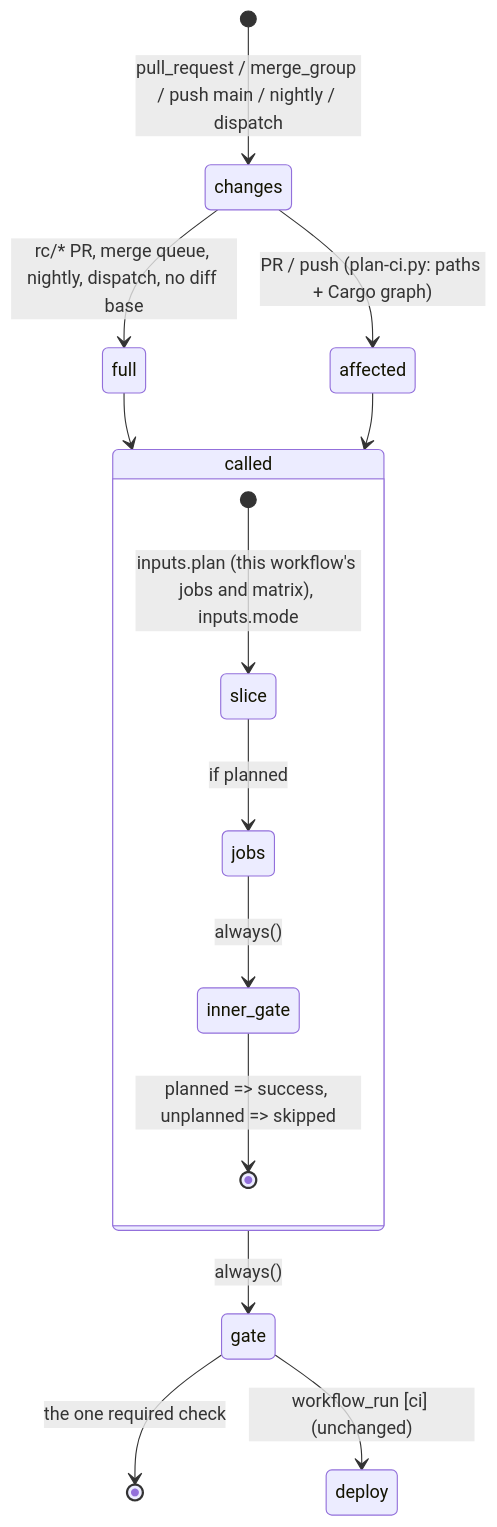
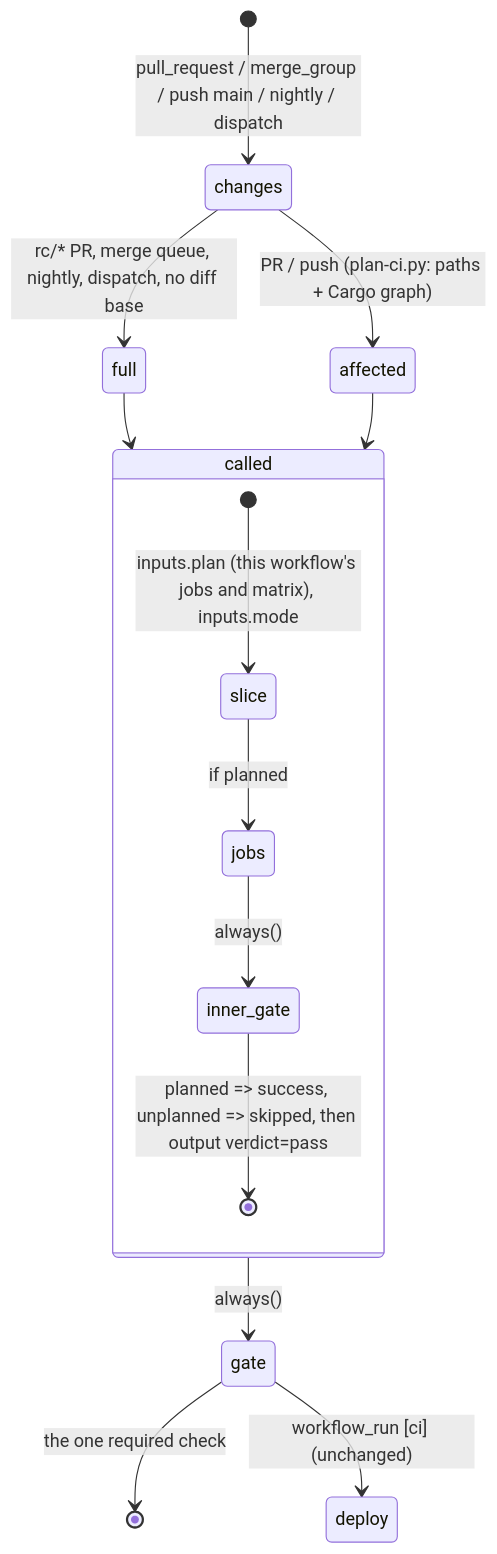
Before and after one commit to aRustyDev/thrust: the diagram in .agents/plans/ci-workflows/PLAN.md, drawn with Mermaid. The commit also changed other lines of this file and 3 other files, not shown here.

````diff
--- a/.agents/plans/ci-workflows/PLAN.md
+++ b/.agents/plans/ci-workflows/PLAN.md
@@ -50,17 +60,17 @@
 ```mermaid
 stateDiagram-v2
   [*] --> changes: pull_request / merge_group / push main / nightly / dispatch
   changes --> full: rc/* PR, merge queue, nightly, dispatch, no diff base
   changes --> affected: PR / push (plan-ci.py: paths + Cargo graph)
   full --> called
   affected --> called
   state called {
     [*] --> slice: inputs.plan (this workflow's jobs and matrix), inputs.mode
     slice --> jobs: if planned
     jobs --> inner_gate: always()
-    inner_gate --> [*]: planned => success, unplanned => skipped
+    inner_gate --> [*]: planned => success, unplanned => skipped, then output verdict=pass
   }
   called --> gate: always()
   gate --> [*]: the one required check
   gate --> deploy: workflow_run [ci] (unchanged)
 ```
````
